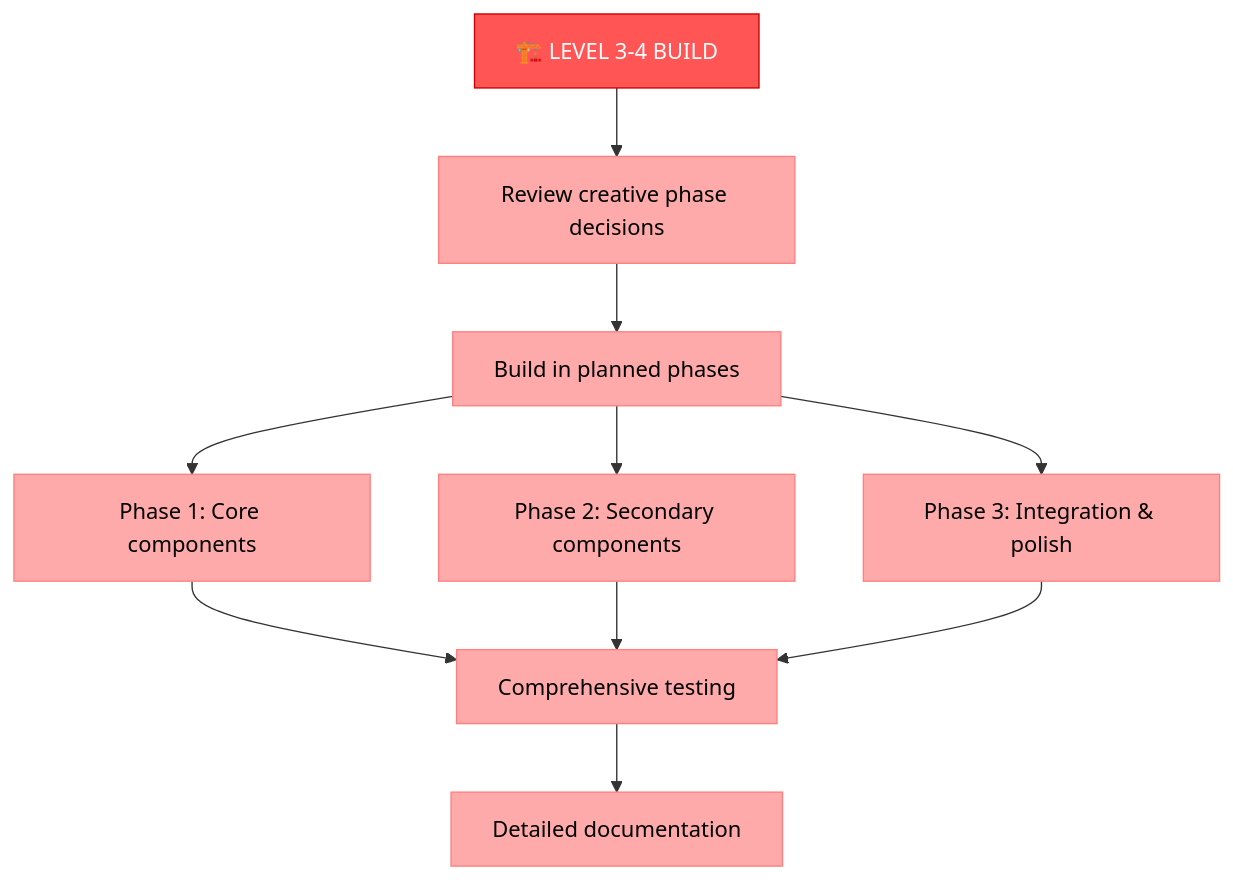
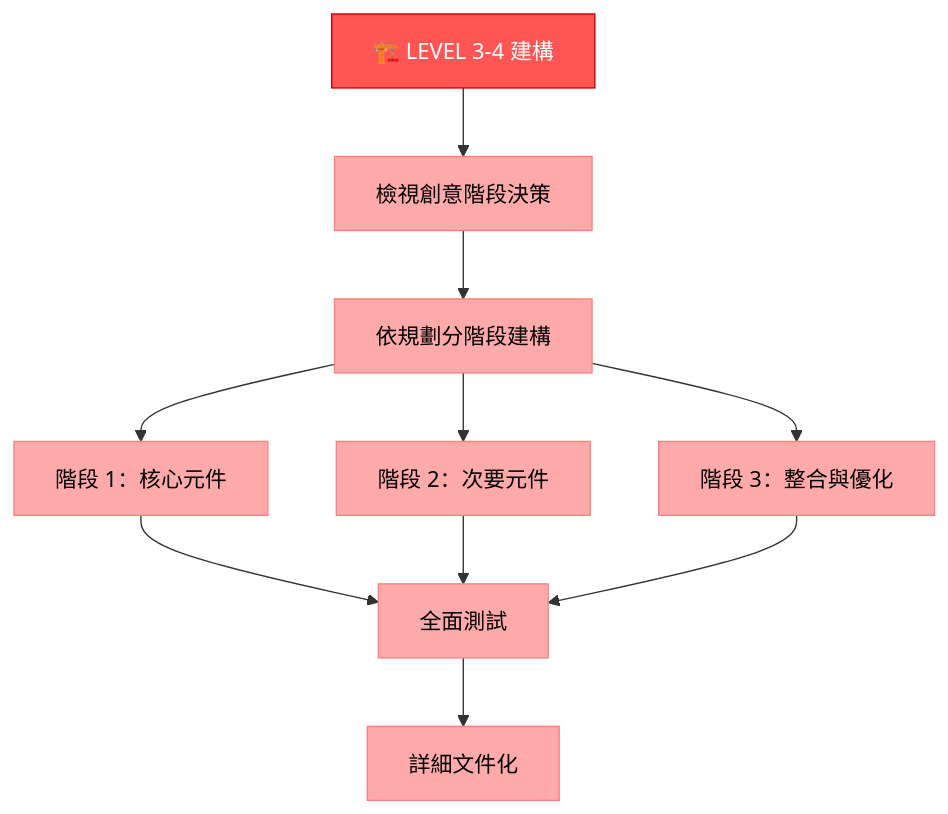
One commit to chenjackle45/cursor-memory-bank-chinese changed the fourth of 6 diagrams in 中文化/custom_modes/implement_instructions.md. Above: the diagram before and after it, drawn with Mermaid. The commit also changed other lines of this file and 5 other files, not shown here.

Commit message:
Translate and update documentation for Reflect+Archive and VAN modes to enhance clarity and accessibility for users. Adjusted flowcharts and verification checklists to reflect changes in the development process.

````diff
--- a/中文化/custom_modes/implement_instructions.md
+++ b/中文化/custom_modes/implement_instructions.md
@@ -182,19 +189,19 @@
 ```mermaid
 graph TD
-    L34["🏗️ LEVEL 3-4 BUILD"] --> CreativeReview["Review creative phase decisions"]
-    CreativeReview --> Phases["Build in planned phases"]
-    Phases --> Phase1["Phase 1: Core components"]
-    Phases --> Phase2["Phase 2: Secondary components"]
-    Phases --> Phase3["Phase 3: Integration & polish"]
-    Phase1 & Phase2 & Phase3 --> Test["Comprehensive testing"]
-    Test --> Doc["Detailed documentation"]
-    
+    L34["🏗️ LEVEL 3-4 建構"] --> CreativeReview["檢視創意階段決策"]
+    CreativeReview --> Phases["依規劃分階段建構"]
+    Phases --> Phase1["階段 1：核心元件"]
+    Phases --> Phase2["階段 2：次要元件"]
+    Phases --> Phase3["階段 3：整合與優化"]
+    Phase1 & Phase2 & Phase3 --> Test["全面測試"]
+    Test --> Doc["詳細文件化"]
+
     style L34 fill:#ff5555,stroke:#cc0000,color:white
     style CreativeReview fill:#ffaaaa,stroke:#ff8080,color:black
     style Phases fill:#ffaaaa,stroke:#ff8080,color:black
     style Phase1 fill:#ffaaaa,stroke:#ff8080,color:black
     style Phase2 fill:#ffaaaa,stroke:#ff8080,color:black
     style Phase3 fill:#ffaaaa,stroke:#ff8080,color:black
     style Test fill:#ffaaaa,stroke:#ff8080,color:black
     style Doc fill:#ffaaaa,stroke:#ff8080,color:black
 ```
````
